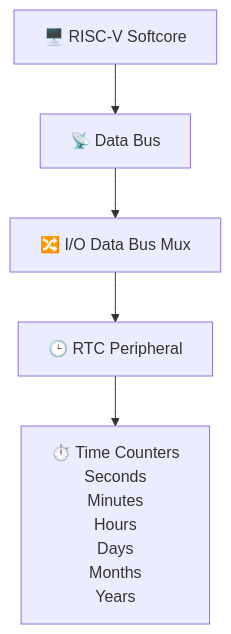
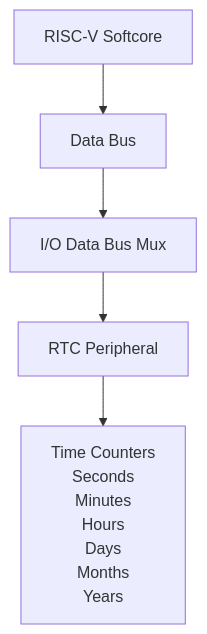
Before and after one commit to PedroThomaz/RTC_vhdl: the first of 2 diagrams in readme.md, drawn with Mermaid.

````diff
--- a/readme.md
+++ b/readme.md
@@ -34,14 +34,14 @@
 ```mermaid
 flowchart TD
 
-    CPU["🖥️ RISC-V Softcore"]
-    BUS["📡 Data Bus"]
-    MUX["🔀 I/O Data Bus Mux"]
-    RTC["🕒 RTC Peripheral"]
-    REG["⏱️ Time Counters<br/>Seconds<br/>Minutes<br/>Hours<br/>Days<br/>Months<br/>Years"]
+    CPU["RISC-V Softcore"]
+    BUS["Data Bus"]
+    MUX["I/O Data Bus Mux"]
+    RTC["RTC Peripheral"]
+    REG["Time Counters<br/>Seconds<br/>Minutes<br/>Hours<br/>Days<br/>Months<br/>Years"]
 
     CPU --> BUS
     BUS --> MUX
     MUX --> RTC
     RTC --> REG
 ```
````
